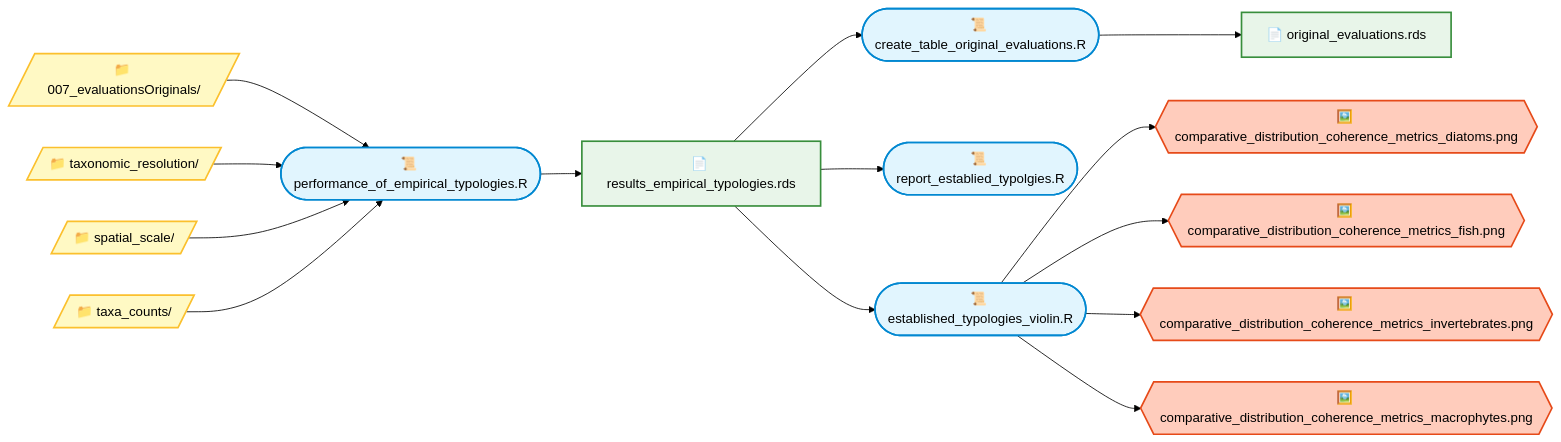
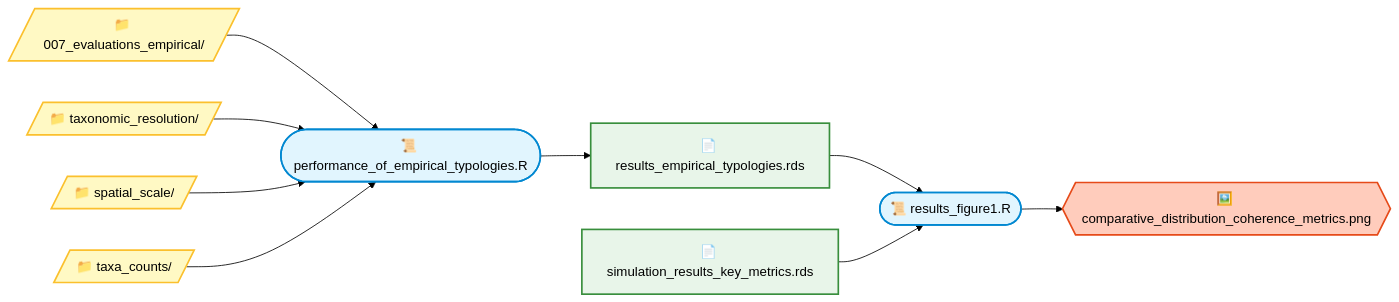
The first of 4 diagrams in docs/04_results_to_paper.md (JonJup/FreshwaterTypologyBenchmarks), drawn with Mermaid (forest theme) before and after one commit. The commit also changed other lines of this file, not shown here.

Commit message:
Update typology terminology and file references

````diff
--- a/docs/04_results_to_paper.md
+++ b/docs/04_results_to_paper.md
@@ -2,47 +2,38 @@
 ``` mermaid
 flowchart LR
 
 classDef script fill:#E1F5FE,stroke:#0288D1,stroke-width:2px,color:#000
 classDef helper fill:#F3E5F5,stroke:#7B1FA2,stroke-width:2px,color:#000
 classDef file fill:#E8F5E9,stroke:#388E3C,stroke-width:2px,color:#000
 classDef folder fill:#FFF9C4,stroke:#FBC02D,stroke-width:2px,color:#000
 classDef figure fill:#FFCCBC,stroke:#E64A19,stroke-width:2px,color:#000
 
 %% Folders
-D1[/"📁 007_evaluationsOriginals/"/]:::folder
+D1[/"📁 007_evaluations_empirical/"/]:::folder
 D2[/"📁 taxonomic_resolution/"/]:::folder
 D3[/"📁 spatial_scale/"/]:::folder
 D4[/"📁 taxa_counts/"/]:::folder
 
 %% Scripts
 S1(["📜 performance_of_empirical_typologies.R"]):::script
-S2(["📜 create_table_original_evaluations.R"]):::script
-S3(["📜 report_establied_typolgies.R"]):::script
-SF1(["📜 established_typologies_violin.R"]):::script
+SF1(["📜 results_figure1.R"]):::script
 
 %% Files
 F1["📄 results_empirical_typologies.rds"]:::file
-F2["📄 original_evaluations.rds"]:::file
+F3["📄 simulation_results_key_metrics.rds"]:::file
 
 %% Figures
-G1{{"🖼️ comparative_distribution_coherence_metrics_diatoms.png"}}:::figure
-G2{{"🖼️ comparative_distribution_coherence_metrics_fish.png"}}:::figure
-G3{{"🖼️ comparative_distribution_coherence_metrics_invertebrates.png"}}:::figure
-G4{{"🖼️ comparative_distribution_coherence_metrics_macrophytes.png"}}:::figure
+G1{{"🖼️ comparative_distribution_coherence_metrics.png"}}:::figure
+
 
 %% Edges
 D1 --> S1
 D2 --> S1
 D3 --> S1
 D4 --> S1
 S1 --> F1
-F1 --> S2
-F1 --> S3
 F1 --> SF1
-S2 --> F2
+F3 --> SF1
 SF1 --> G1
-SF1 --> G2
-SF1 --> G3
-SF1 --> G4
 
 ```
````
